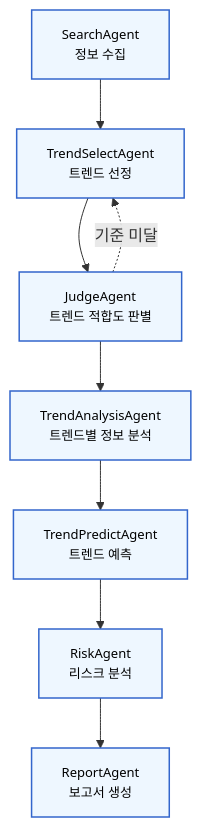
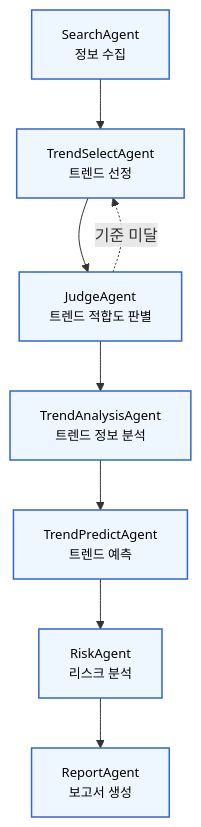
Before and after one commit to slj9887/ai-service-miniproject: the diagram in README.md, drawn with Mermaid. The commit also changed other lines of this file and 22 other files, not shown here.

````diff
--- a/README.md
+++ b/README.md
@@ -38,20 +39,20 @@
 ```mermaid
 flowchart TB
     %% === Agent Nodes ===
     A["SearchAgent<br>정보 수집"]
     B["TrendSelectAgent<br>트렌드 선정"]
     C["JudgeAgent<br>트렌드 적합도 판별"]
-    D["TrendAnalysisAgent<br>트렌드별 정보 분석"]
+    D["TrendAnalysisAgent<br>트렌드 정보 분석"]
     E["TrendPredictAgent<br>트렌드 예측"]
     F["RiskAgent<br>리스크 분석"]
     G["ReportAgent<br>보고서 생성"]
 
     %% === Main Pipeline Flow ===
     A --> B --> C --> D --> E --> F --> G
     C -. "기준 미달" .-> B
 
     %% === Styling ===
     classDef agent fill:#eef7ff,stroke:#3366cc,stroke-width:1.5px,color:#000,font-size:13px;
     class A,B,C,D,E,F,G agent;
 
 ```
````
